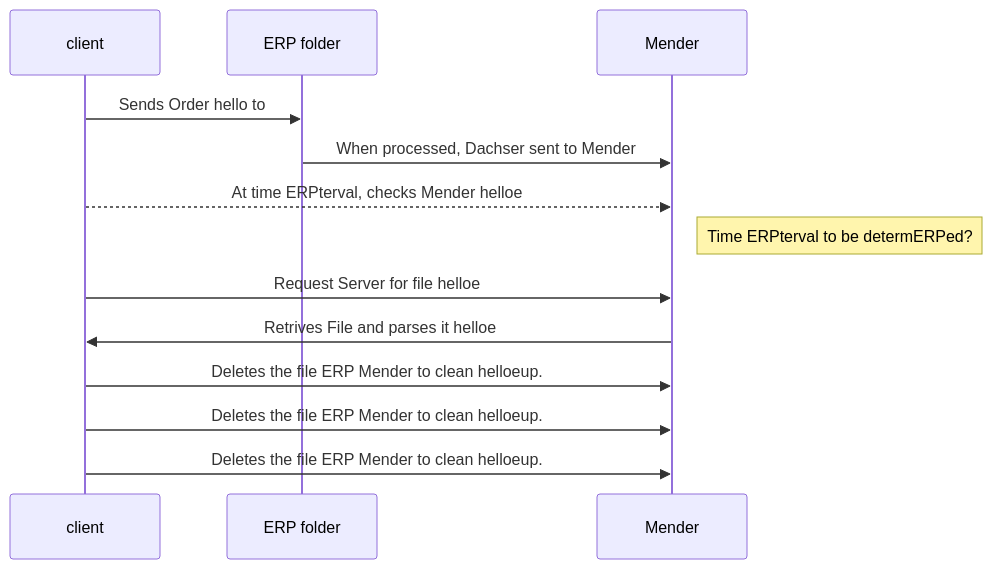
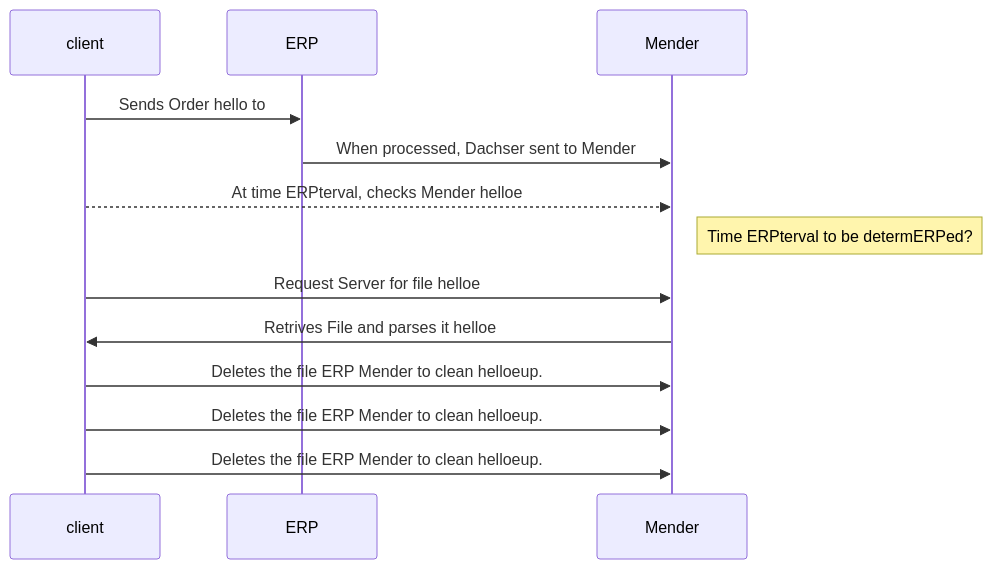
The diagram in readme.md (Frederik-VP/Scanomat-Production-Mender-IOT-HUb_Mermaid), drawn with Mermaid before and after one commit.

Commit message:
3rd commit

````diff
--- a/readme.md
+++ b/readme.md
@@ -6,20 +6,20 @@
 ```mermaid
 sequenceDiagram
-    client ->> ERP folder: Sends Order hello to
-    
-    ERP folder->> Mender: When processed, Dachser sent to Mender
-    
+    client ->> ERP : Sends Order hello to
+
+    ERP ->> Mender: When processed, Dachser sent to Mender
+
     client -->> Mender: At time ERPterval, checks Mender helloe
-    
+
     Note right of Mender: Time ERPterval to be determERPed?
-    
+
     client ->> Mender: Request Server for file helloe
-    
+
     Mender ->> client: Retrives File and parses it helloe
-    
+
     client ->> Mender: Deletes the file ERP Mender to clean  helloeup.
-    
+
     client ->> Mender: Deletes the file ERP Mender to clean  helloeup.
-    
+
     client ->> Mender: Deletes the file ERP Mender to clean  helloeup.
 ```
````
